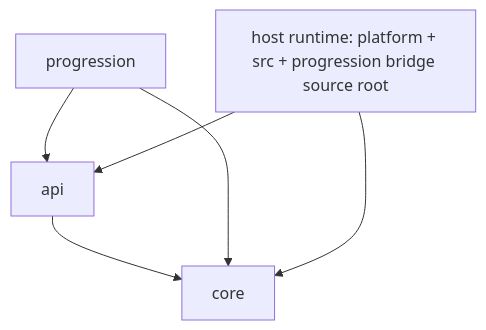
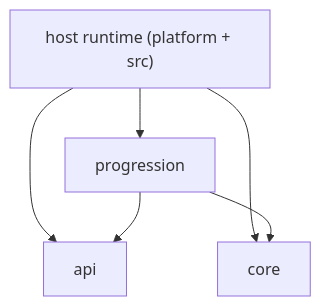
The second of 2 diagrams in docs/ECOSYSTEM_MODULE_DEPENDENCY_GRAPH.md (pendantbear3467/untitled), drawn with Mermaid before and after one commit. The commit also changed other lines of this file and 100 other files, not shown here.

````diff
--- a/docs/ECOSYSTEM_MODULE_DEPENDENCY_GRAPH.md
+++ b/docs/ECOSYSTEM_MODULE_DEPENDENCY_GRAPH.md
@@ -5,8 +35,13 @@
 ```mermaid
 graph TD
-  API[api] --> CORE[core]
-  PROGRESSION[progression] --> API
+  API["api"]
+  CORE["core"]
+  PROGRESSION["progression"]
+  HOST["host runtime (platform + src)"]
+
+  HOST --> API
+  HOST --> CORE
+  HOST --> PROGRESSION
+  PROGRESSION --> API
   PROGRESSION --> CORE
-  HOST[host runtime: platform + src + progression bridge source root] --> API
-  HOST --> CORE
 ```
````
